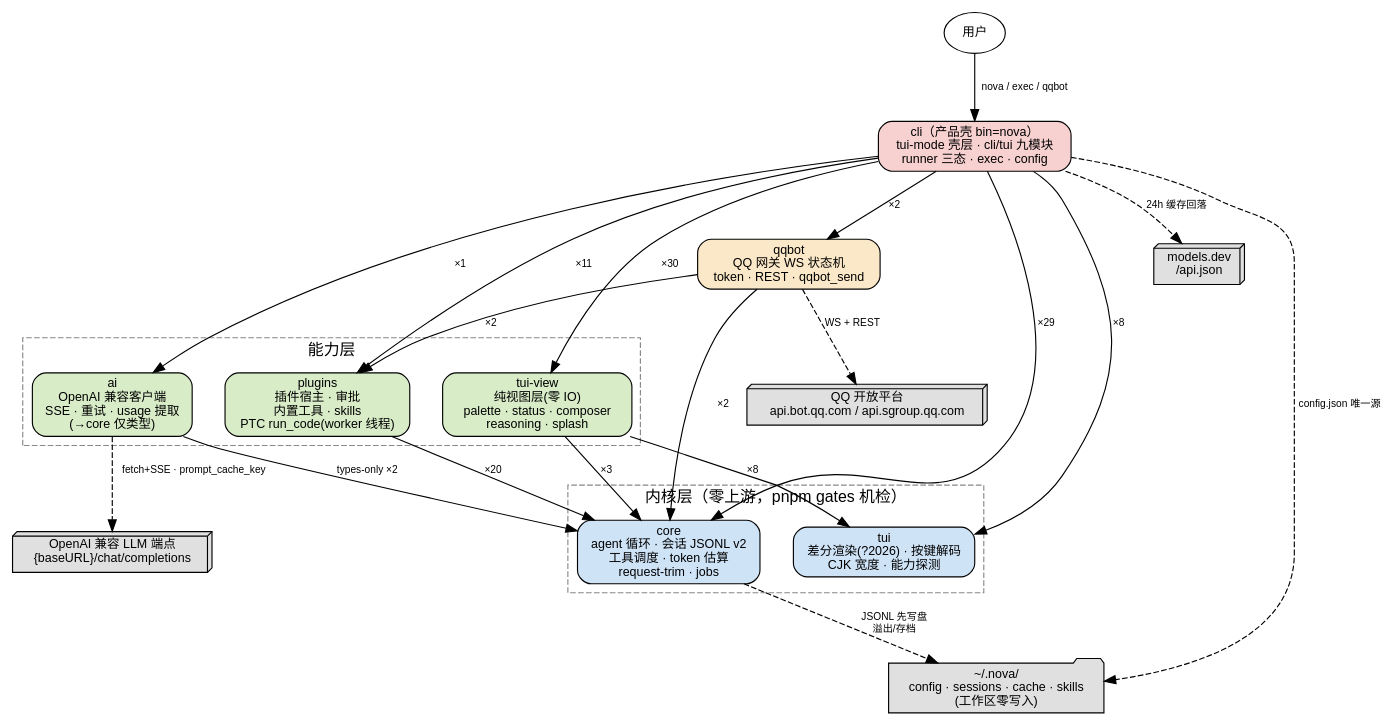
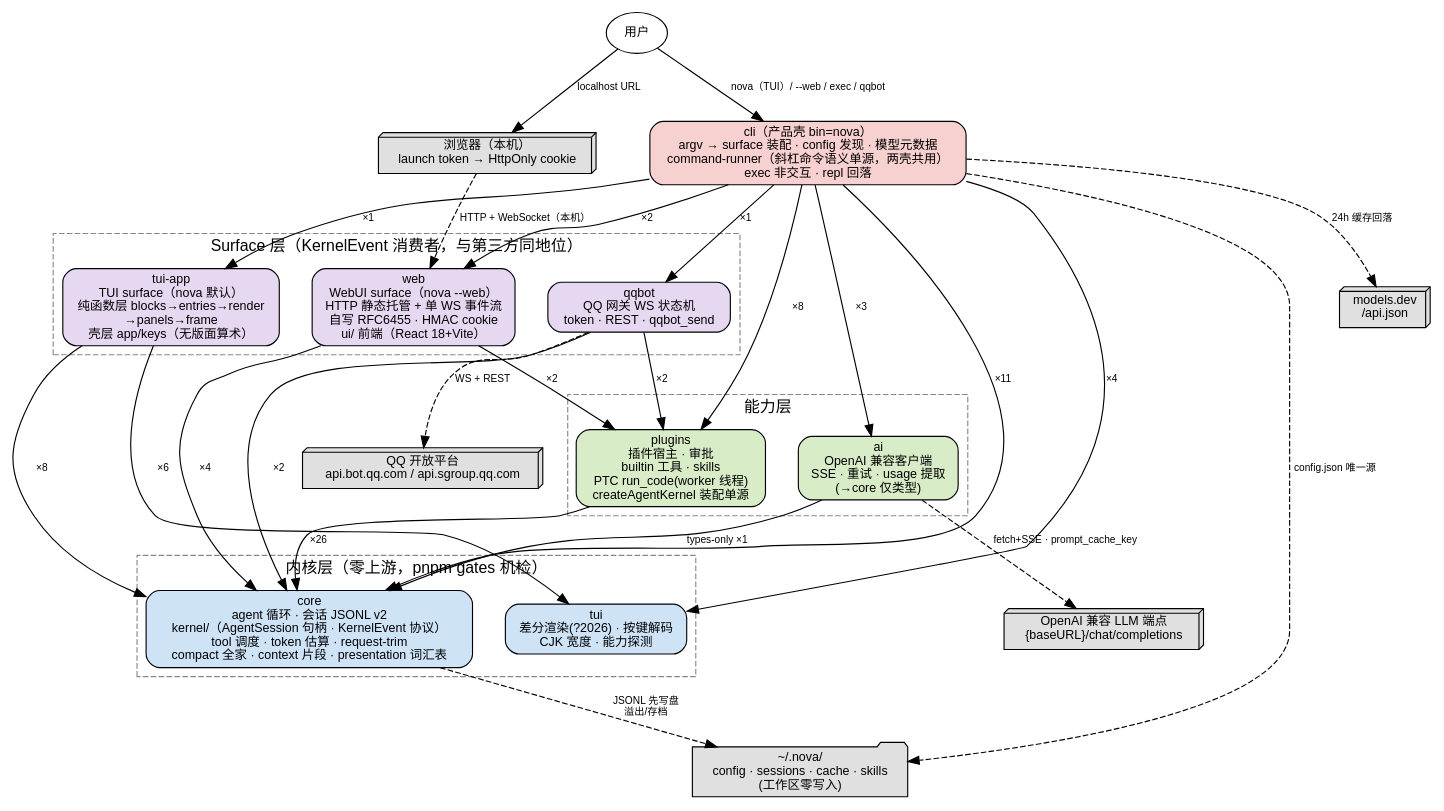
Before and after one commit to H2O-ME/nova: the diagram in docs/architecture/system-dependencies.dot, drawn with Graphviz. The commit also changed 40 other files, not shown here.

```diff
--- a/docs/architecture/system-dependencies.dot
+++ b/docs/architecture/system-dependencies.dot
@@ -1,61 +1,74 @@
-// NovaAgent — 包间依赖与外部集成图（L2/L3，current-state）
+// NovaAgent — 包间依赖与外部集成图（L2/L3，current-state, M11）
 // 证据: scripts/dep-direction.mjs ALLOW 白名单 + 各包 package.json dependencies
-//       + packages/*/src 内 `@nova-agent/*` import 实测计数（2026-09-18, 全部吻合）
-// 渲染: dot -Tsvg system-dependencies.dot -o system-dependencies.svg
+//       + packages/*/src 内 `@nova-agent/*` import 实测计数（2026-09-20, 三方吻合）
+// 渲染: npx -y @hpcc-js/wasm-graphviz-cli -T svg system-dependencies.dot > system-dependencies.svg
+//       （dot-wasm 取位置参数、只写 stdout，不支持 -o；本机无原生 graphviz）
+//       拓扑以本 .dot 为准，SVG 是它的渲染
 digraph novaagent {
     rankdir=TB;
     splines=true;
     nodesep=0.4; ranksep=0.7;
     fontname="Helvetica";
     node [fontname="Helvetica", fontsize=11, shape=box, style="rounded,filled", fillcolor="#f5f5f5"];
     edge [fontname="Helvetica", fontsize=9];
 
     // ── 内核层：零上游（dep-direction.mjs 强制；实测 core/tui 源码 0 处 @nova-agent import）
     subgraph cluster_kernel {
         label="内核层（零上游，pnpm gates 机检）"; style=dashed; color="#888888";
-        core   [label="core\nagent 循环 · 会话 JSONL v2\n工具调度 · token 估算\nrequest-trim · jobs", fillcolor="#cfe3f7"];
+        core   [label="core\nagent 循环 · 会话 JSONL v2\nkernel/（AgentSession 句柄 · KernelEvent 协议）\ntool 调度 · token 估算 · request-trim\ncompact 全家 · context 片段 · presentation 词汇表", fillcolor="#cfe3f7"];
         tui    [label="tui\n差分渲染(?2026) · 按键解码\nCJK 宽度 · 能力探测", fillcolor="#cfe3f7"];
     }
 
     // ── 能力层：只依赖内核
     subgraph cluster_mid {
         label="能力层"; style=dashed; color="#888888";
         ai      [label="ai\nOpenAI 兼容客户端\nSSE · 重试 · usage 提取\n(→core 仅类型)", fillcolor="#d8ecc8"];
-        plugins [label="plugins\n插件宿主 · 审批\n内置工具 · skills\nPTC run_code(worker 线程)", fillcolor="#d8ecc8"];
-        tuiView [label="tui-view\n纯视图层(零 IO)\npalette · status · composer\nreasoning · splash", fillcolor="#d8ecc8"];
+        plugins [label="plugins\n插件宿主 · 审批\nbuiltin 工具 · skills\nPTC run_code(worker 线程)\ncreateAgentKernel 装配单源", fillcolor="#d8ecc8"];
     }
 
-    // ── 渠道/壳层
-    qqbot [label="qqbot\nQQ 网关 WS 状态机\ntoken · REST · qqbot_send", fillcolor="#fbe8c8"];
-    cli   [label="cli（产品壳 bin=nova）\ntui-mode 壳层 · cli/tui 九模块\nrunner 三态 · exec · config", fillcolor="#f7d0d0"];
+    // ── Surface 层：内核事件流的消费者（官方与第三方同地位）
+    subgraph cluster_surface {
+        label="Surface 层（KernelEvent 消费者，与第三方同地位）"; style=dashed; color="#888888";
+        tuiApp [label="tui-app\nTUI surface（nova 默认）\n纯函数层 blocks→entries→render\n→panels→frame\n壳层 app/keys（无版面算术）", fillcolor="#e6d8f0"];
+        web    [label="web\nWebUI surface（nova --web）\nHTTP 静态托管 + 单 WS 事件流\n自写 RFC6455 · HMAC cookie\nui/ 前端（React 18+Vite）", fillcolor="#e6d8f0"];
+        qqbot  [label="qqbot\nQQ 网关 WS 状态机\ntoken · REST · qqbot_send", fillcolor="#e6d8f0"];
+    }
+
+    cli   [label="cli（产品壳 bin=nova）\nargv → surface 装配 · config 发现 · 模型元数据\ncommand-runner（斜杠命令语义单源，两壳共用）\nexec 非交互 · repl 回落", fillcolor="#f7d0d0"];
 
     // 内部依赖（边标签 = src 内 import 实测次数）
-    ai      -> core   [label="types-only ×2"];
-    plugins -> core   [label="×20"];
-    tuiView -> tui    [label="×8"];
-    tuiView -> core   [label="×3"];
+    ai      -> core   [label="types-only ×1"];
+    plugins -> core   [label="×26"];
+    tuiApp  -> tui    [label="×6"];
+    tuiApp  -> core   [label="×8"];
+    web     -> core   [label="×4"];
+    web     -> plugins [label="×2"];
     qqbot   -> core   [label="×2"];
     qqbot   -> plugins [label="×2"];
-    cli     -> core   [label="×29"];
-    cli     -> tui    [label="×8"];
-    cli     -> tuiView [label="×30"];
-    cli     -> ai     [label="×1"];
-    cli     -> plugins [label="×11"];
-    cli     -> qqbot  [label="×2"];
+    cli     -> core   [label="×11"];
+    cli     -> tui    [label="×4"];
+    cli     -> tuiApp [label="×1"];
+    cli     -> web    [label="×2"];
+    cli     -> ai     [label="×3"];
+    cli     -> plugins [label="×8"];
+    cli     -> qqbot  [label="×1"];
 
     // ── 外部系统（跨信任边界，虚线）
     node [shape=box3d, fillcolor="#e0e0e0"];
     provider [label="OpenAI 兼容 LLM 端点\n{baseURL}/chat/completions"];
     modelsdev [label="models.dev\n/api.json"];
     qqopen  [label="QQ 开放平台\napi.bot.qq.com / api.sgroup.qq.com"];
+    browser [label="浏览器（本机）\nlaunch token → HttpOnly cookie"];
     novaDir [shape=folder, label="~/.nova/\nconfig · sessions · cache · skills\n(工作区零写入)"];
     user    [shape=ellipse, fillcolor="#ffffff", label="用户"];
 
     edge [style=dashed];
-    user    -> cli      [label="nova / exec / qqbot", style=solid];
+    user    -> cli      [label="nova（TUI）/ --web / exec / qqbot", style=solid];
+    user    -> browser  [label="localhost URL", style=solid];
+    browser -> web      [label="HTTP + WebSocket（本机）"];
     ai      -> provider [label="fetch+SSE · prompt_cache_key"];
     cli     -> modelsdev [label="24h 缓存回落"];
     qqbot   -> qqopen   [label="WS + REST"];
     core    -> novaDir  [label="JSONL 先写盘\n溢出/存档"];
     cli     -> novaDir  [label="config.json 唯一源"];
 }
```
